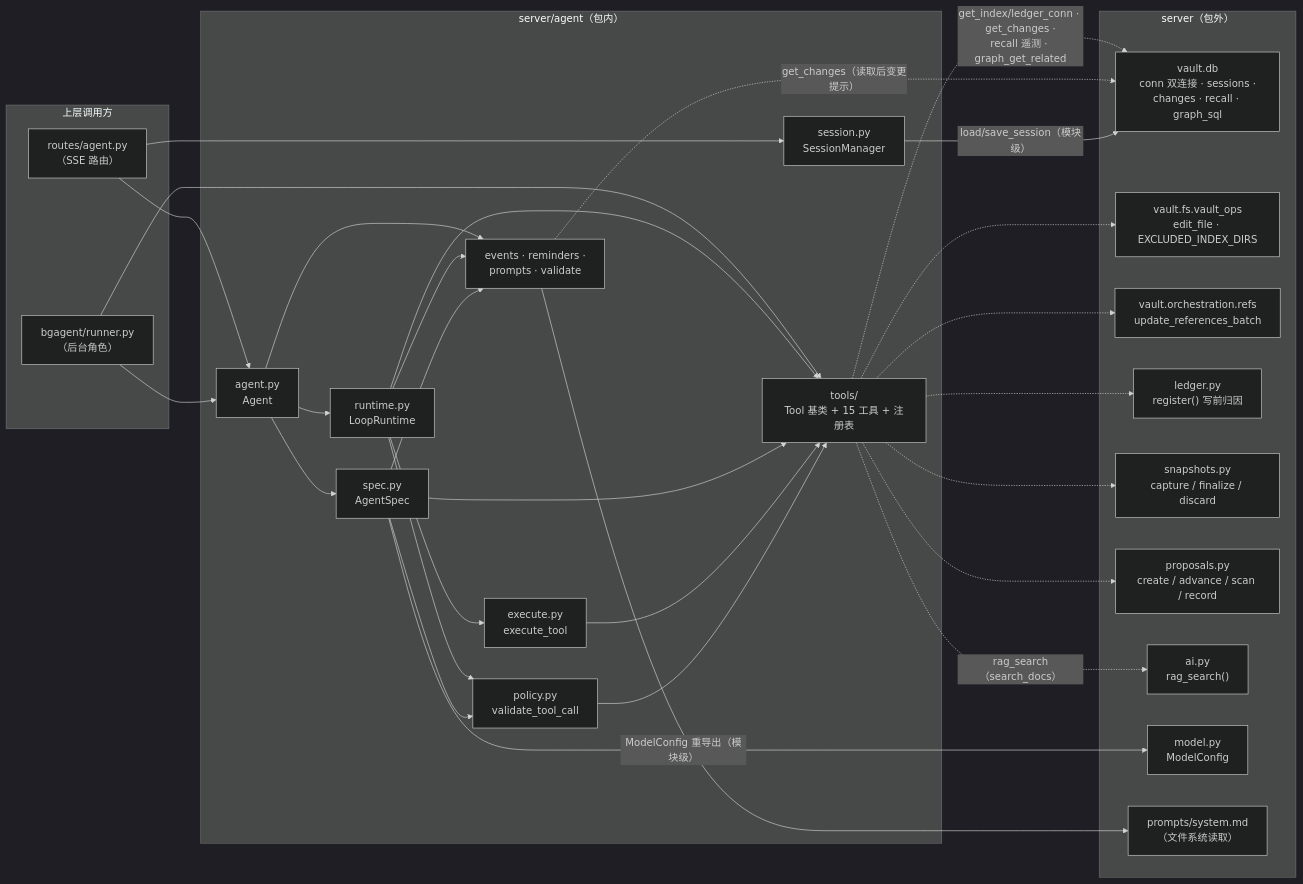
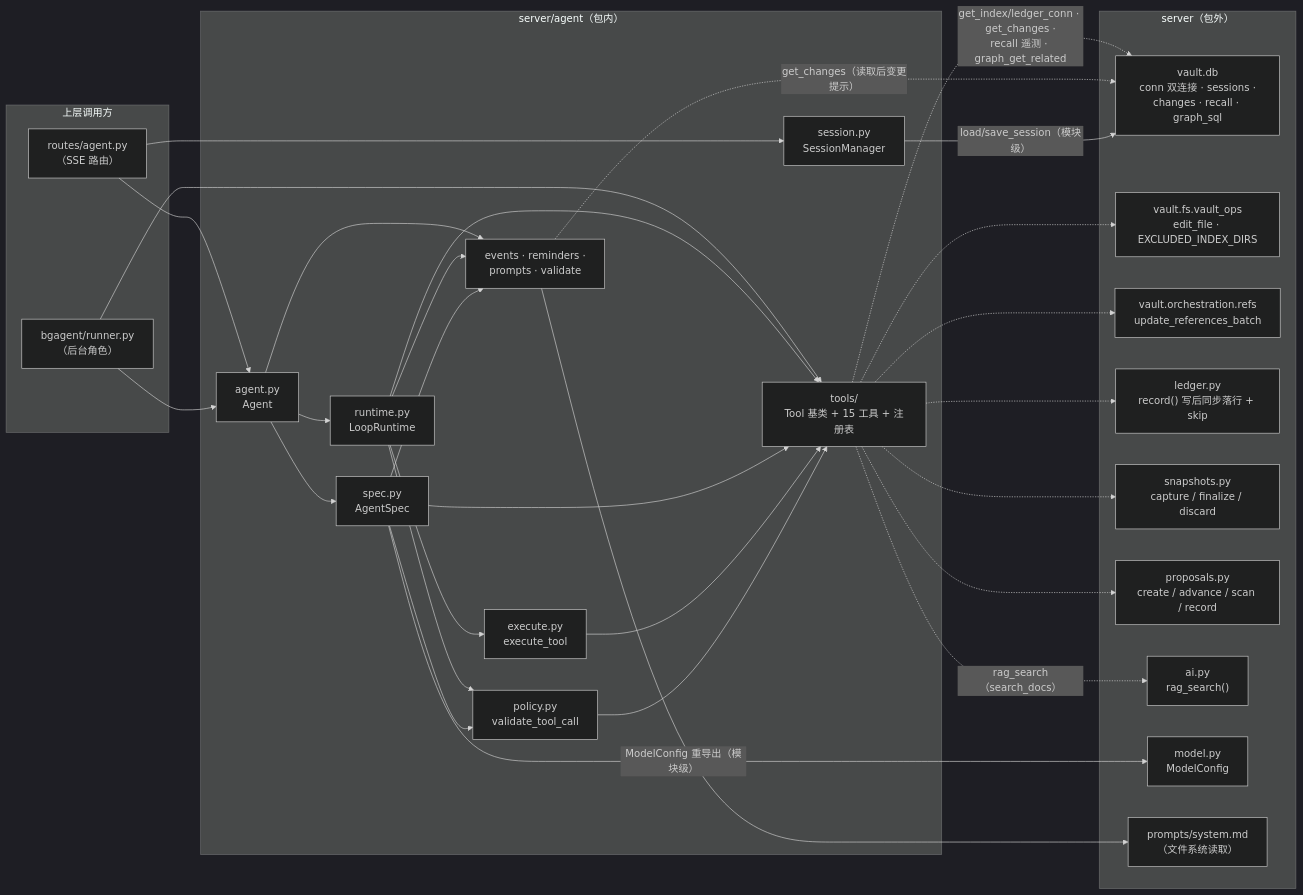
The diagram in server/agent/README.md (1724509233/md-repo), drawn with Mermaid (dark theme) before and after one commit. The commit also changed other lines of this file and 15 other files, not shown here.

````diff
--- a/server/agent/README.md
+++ b/server/agent/README.md
@@ -135,50 +135,50 @@
 ```mermaid
 flowchart LR
     subgraph callers["上层调用方"]
         routes["routes/agent.py<br/>（SSE 路由）"]
         bg["bgagent/runner.py<br/>（后台角色）"]
     end
 
     subgraph pkg["server/agent（包内）"]
         spec["spec.py<br/>AgentSpec"]
         agent["agent.py<br/>Agent"]
         runtime["runtime.py<br/>LoopRuntime"]
         session["session.py<br/>SessionManager"]
         policy["policy.py<br/>validate_tool_call"]
         execute["execute.py<br/>execute_tool"]
         tools["tools/<br/>Tool 基类 + 15 工具 + 注册表"]
         aux["events · reminders ·<br/>prompts · validate"]
     end
 
     subgraph out["server（包外）"]
         vaultdb["vault.db<br/>conn 双连接 · sessions ·<br/>changes · recall · graph_sql"]
         vaultfs["vault.fs.vault_ops<br/>edit_file · EXCLUDED_INDEX_DIRS"]
         refs["vault.orchestration.refs<br/>update_references_batch"]
-        ledger["ledger.py<br/>register() 写前归因"]
+        ledger["ledger.py<br/>record() 写后同步落行 + skip"]
         snapshots["snapshots.py<br/>capture / finalize / discard"]
         proposals["proposals.py<br/>create / advance / scan / record"]
         ai["ai.py<br/>rag_search()"]
         model["model.py<br/>ModelConfig"]
         sysmd["prompts/system.md<br/>（文件系统读取）"]
     end
 
     routes --> agent & session
     bg --> agent & tools
     agent --> spec & runtime & aux
     runtime --> policy & execute & tools & aux
     spec --> policy & tools & aux
     execute --> tools
     policy --> tools
 
     tools -. "get_index/ledger_conn · get_changes ·<br/>recall 遥测 · graph_get_related" .-> vaultdb
     tools -.-> vaultfs
     tools -.-> refs
     tools -.-> ledger
     tools -.-> snapshots
     tools -.-> proposals
     tools -. "rag_search（search_docs）" .-> ai
     aux -. "get_changes（读取后变更提示）" .-> vaultdb
     aux --> sysmd
     session -- "load/save_session（模块级）" --> vaultdb
     spec -- "ModelConfig 重导出（模块级）" --> model
 ```
````
